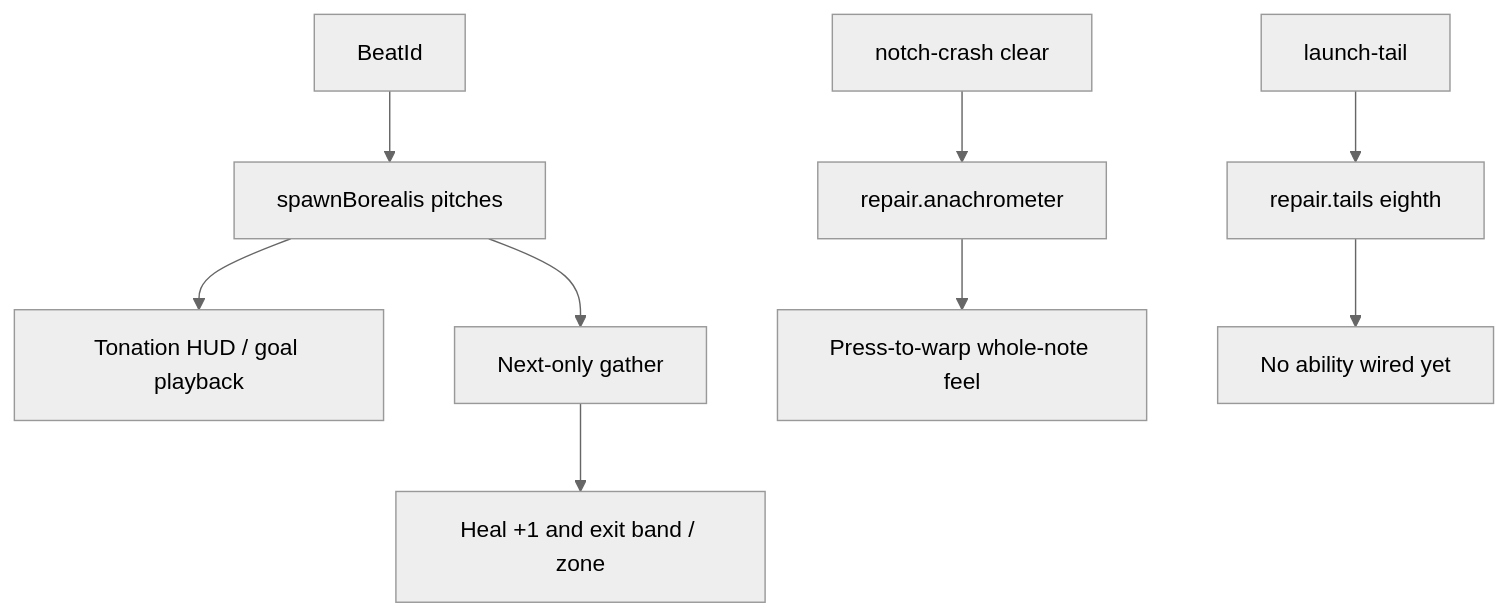
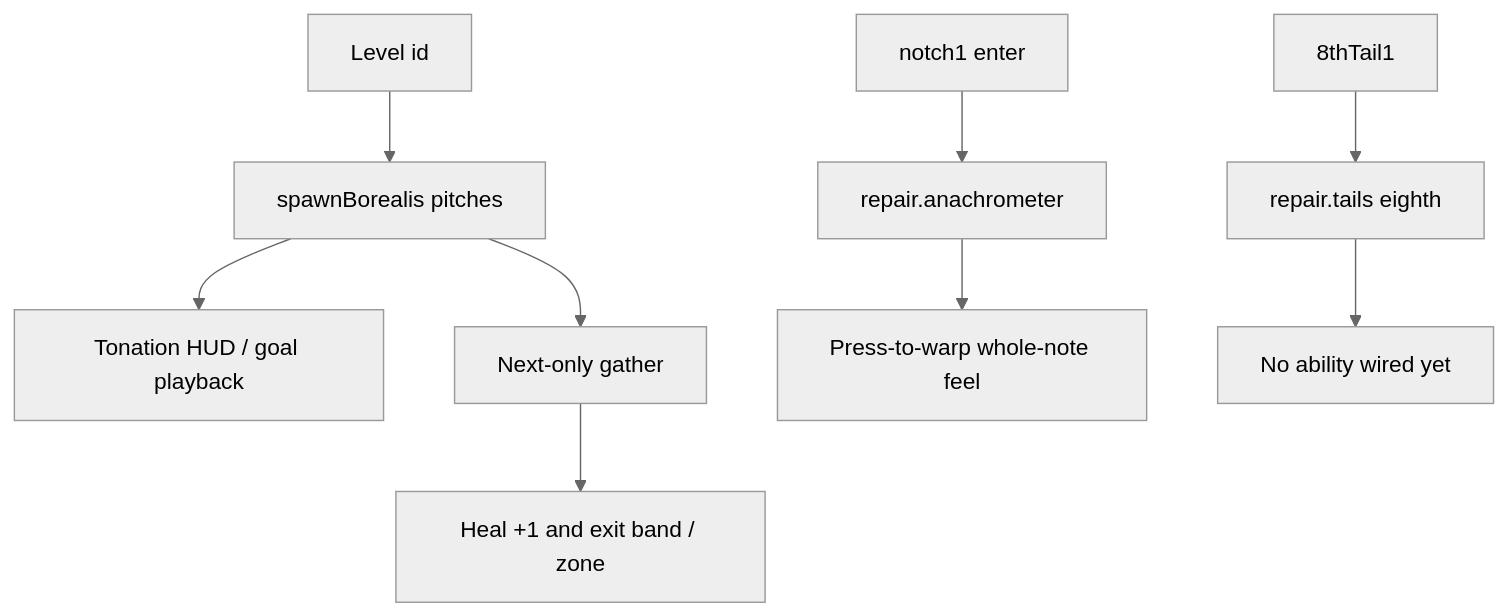
Before and after one commit to erreyonj/koalacademy: the diagram in portal/src/features/notehead/RESOURCING.md, drawn with Mermaid (neutral theme). The commit also changed other lines of this file and 63 other files, not shown here.

````diff
--- a/portal/src/features/notehead/RESOURCING.md
+++ b/portal/src/features/notehead/RESOURCING.md
@@ -37,11 +37,11 @@
 ```mermaid
 flowchart TD
-  beat[BeatId] --> borealis[spawnBorealis pitches]
+  level[Level id] --> borealis[spawnBorealis pitches]
   borealis --> tonationHud[Tonation HUD / goal playback]
   borealis --> gatherOrder[Next-only gather]
   gatherOrder --> healExit[Heal +1 and exit band / zone]
-  crash[notch-crash clear] --> anach[repair.anachrometer]
+  crash[notch1 enter] --> anach[repair.anachrometer]
   anach --> warp[Press-to-warp whole-note feel]
-  launchTail[launch-tail] --> eighth[repair.tails eighth]
+  launchTail[8thTail1] --> eighth[repair.tails eighth]
   eighth --> noAbility[No ability wired yet]
 ```
````
